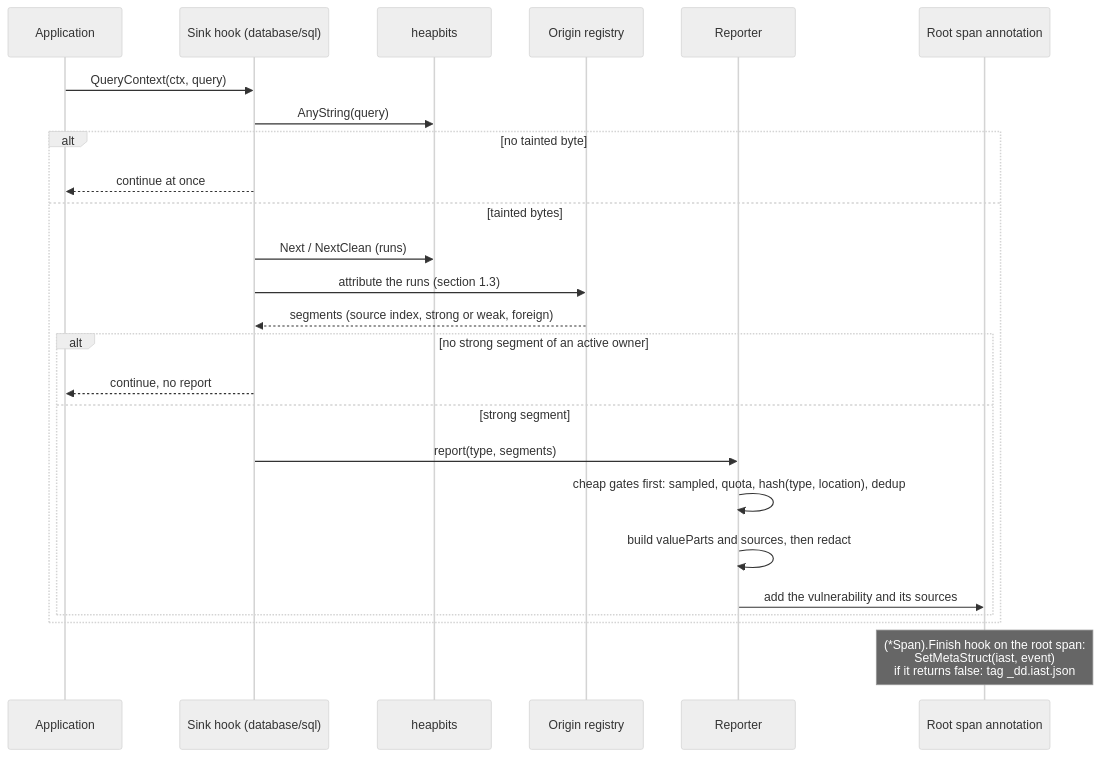
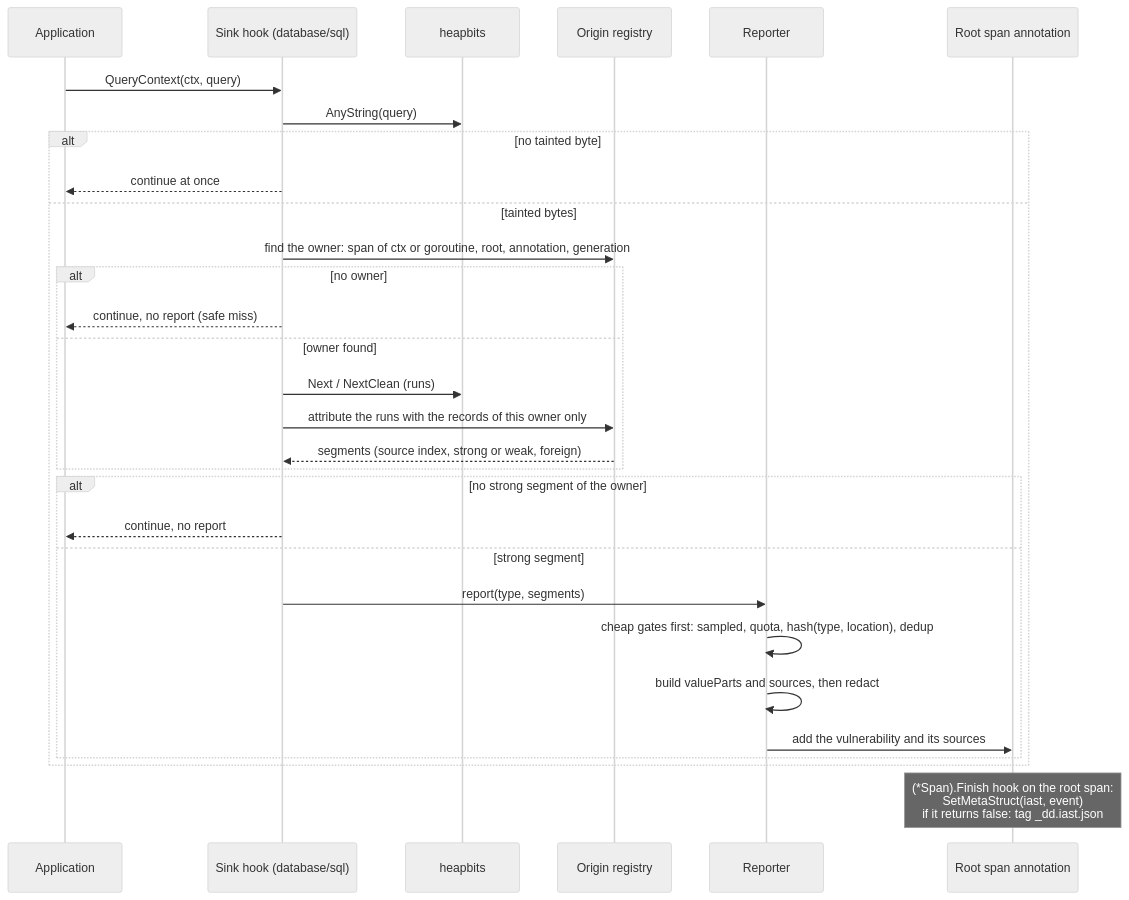
One commit to DataDog/dd-iast-go changed the fifth of 7 diagrams in _docs/design/taint-tracking-v0.md. Above: the diagram before and after it, drawn with Mermaid (neutral theme). The commit also changed other lines of this file, not shown here.

````diff
--- a/_docs/design/taint-tracking-v0.md
+++ b/_docs/design/taint-tracking-v0.md
@@ -403,27 +566,32 @@
 ```mermaid
 sequenceDiagram
   participant App as Application
   participant Sink as Sink hook (database/sql)
   participant Bits as heapbits
   participant Reg as Origin registry
   participant Rep as Reporter
   participant Span as Root span annotation
   App->>Sink: QueryContext(ctx, query)
   Sink->>Bits: AnyString(query)
   alt no tainted byte
     Sink-->>App: continue at once
   else tainted bytes
+    Sink->>Reg: find the owner: span of ctx or goroutine, root, annotation, generation
+    alt no owner
+      Sink-->>App: continue, no report (safe miss)
+    else owner found
     Sink->>Bits: Next / NextClean (runs)
-    Sink->>Reg: attribute the runs (section 1.3)
+    Sink->>Reg: attribute the runs with the records of this owner only
     Reg-->>Sink: segments (source index, strong or weak, foreign)
-    alt no strong segment of an active owner
+    end
+    alt no strong segment of the owner
       Sink-->>App: continue, no report
     else strong segment
       Sink->>Rep: report(type, segments)
       Rep->>Rep: cheap gates first: sampled, quota, hash(type, location), dedup
       Rep->>Rep: build valueParts and sources, then redact
       Rep->>Span: add the vulnerability and its sources
     end
   end
   Note over Span: (*Span).Finish hook on the root span:<br/>SetMetaStruct(iast, event)<br/>if it returns false: tag _dd.iast.json
 ```
````
